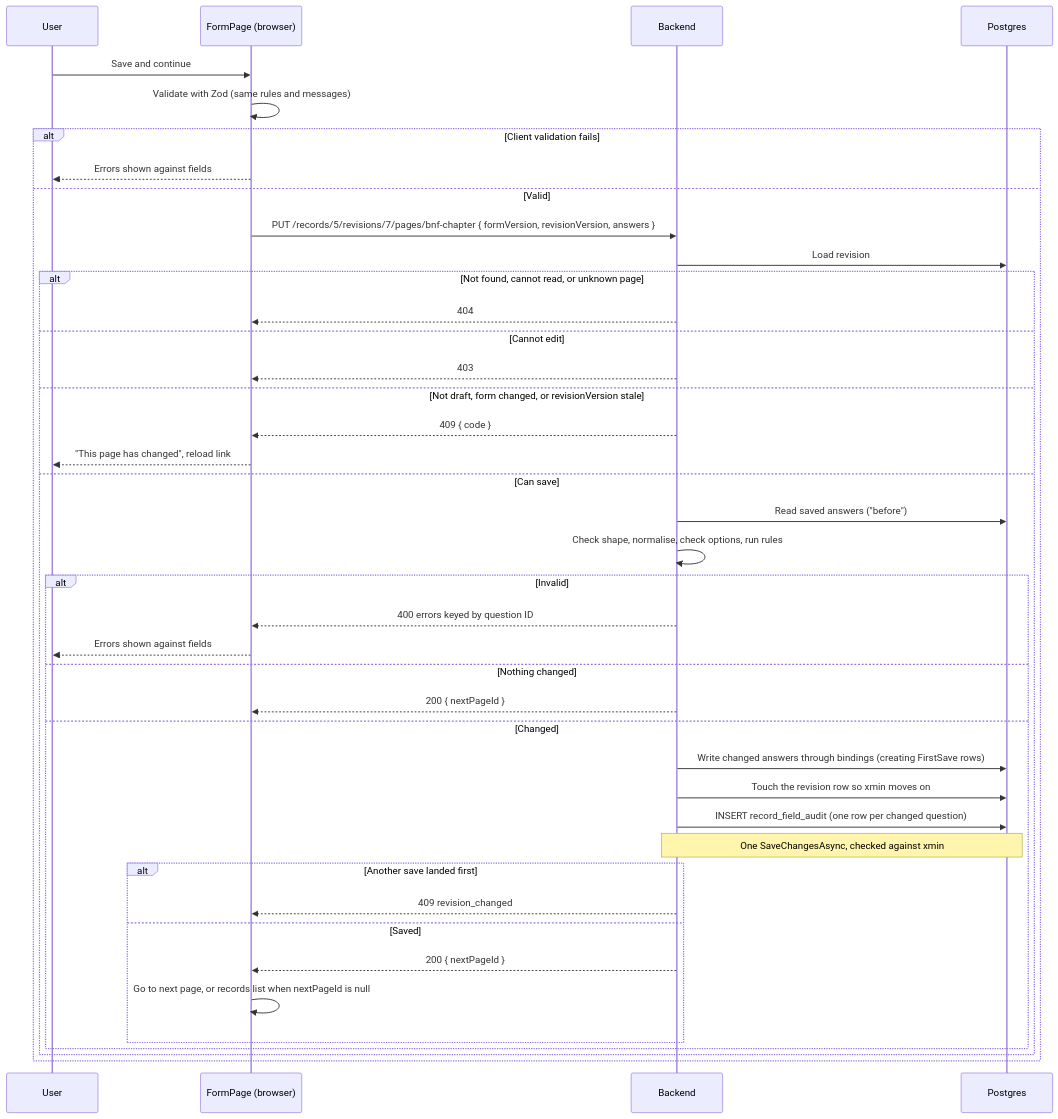
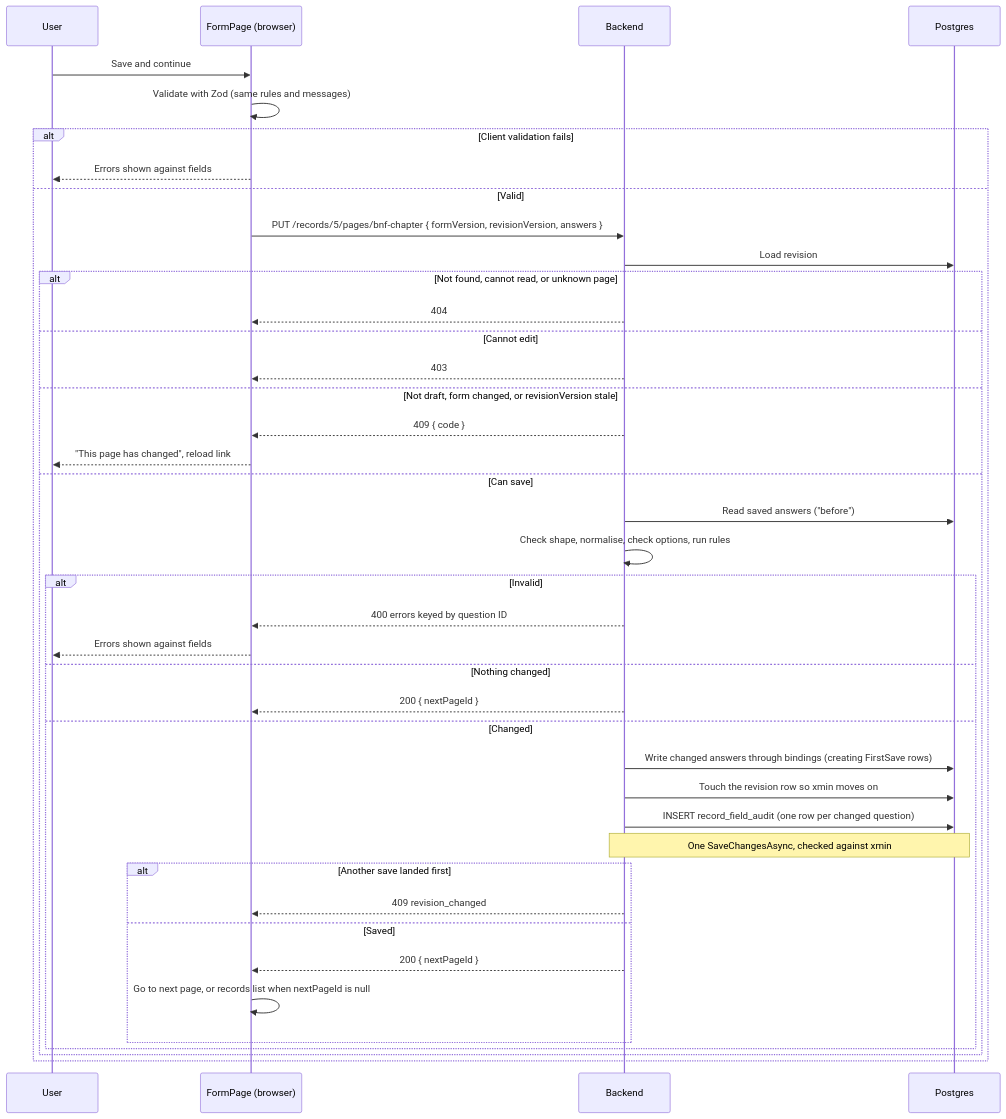
One commit to ditnice/aws-UKPS changed the sixth of 6 diagrams in documentation/form-generation/high-level-design.md. Above: the diagram before and after it, drawn with Mermaid. The commit also changed other lines of this file and 33 other files, not shown here.

Commit message:
Resolve the record's latest revision server-side and remove revisionId from form URLs and record API responses

````diff
--- a/documentation/form-generation/high-level-design.md
+++ b/documentation/form-generation/high-level-design.md
@@ -474,43 +474,43 @@
 ```mermaid
 sequenceDiagram
     participant U as User
     participant F as FormPage (browser)
     participant B as Backend
     participant P as Postgres
     U->>F: Save and continue
     F->>F: Validate with Zod (same rules and messages)
     alt Client validation fails
         F-->>U: Errors shown against fields
     else Valid
-        F->>B: PUT /records/5/revisions/7/pages/bnf-chapter { formVersion, revisionVersion, answers }
+        F->>B: PUT /records/5/pages/bnf-chapter { formVersion, revisionVersion, answers }
         B->>P: Load revision
         alt Not found, cannot read, or unknown page
             B-->>F: 404
         else Cannot edit
             B-->>F: 403
         else Not draft, form changed, or revisionVersion stale
             B-->>F: 409 { code }
             F-->>U: "This page has changed", reload link
         else Can save
             B->>P: Read saved answers ("before")
             B->>B: Check shape, normalise, check options, run rules
             alt Invalid
                 B-->>F: 400 errors keyed by question ID
                 F-->>U: Errors shown against fields
             else Nothing changed
                 B-->>F: 200 { nextPageId }
             else Changed
                 B->>P: Write changed answers through bindings (creating FirstSave rows)
                 B->>P: Touch the revision row so xmin moves on
                 B->>P: INSERT record_field_audit (one row per changed question)
                 Note over B,P: One SaveChangesAsync, checked against xmin
                 alt Another save landed first
                     B-->>F: 409 revision_changed
                 else Saved
                     B-->>F: 200 { nextPageId }
                     F->>F: Go to next page, or records list when nextPageId is null
                 end
             end
         end
     end
 ```
````
